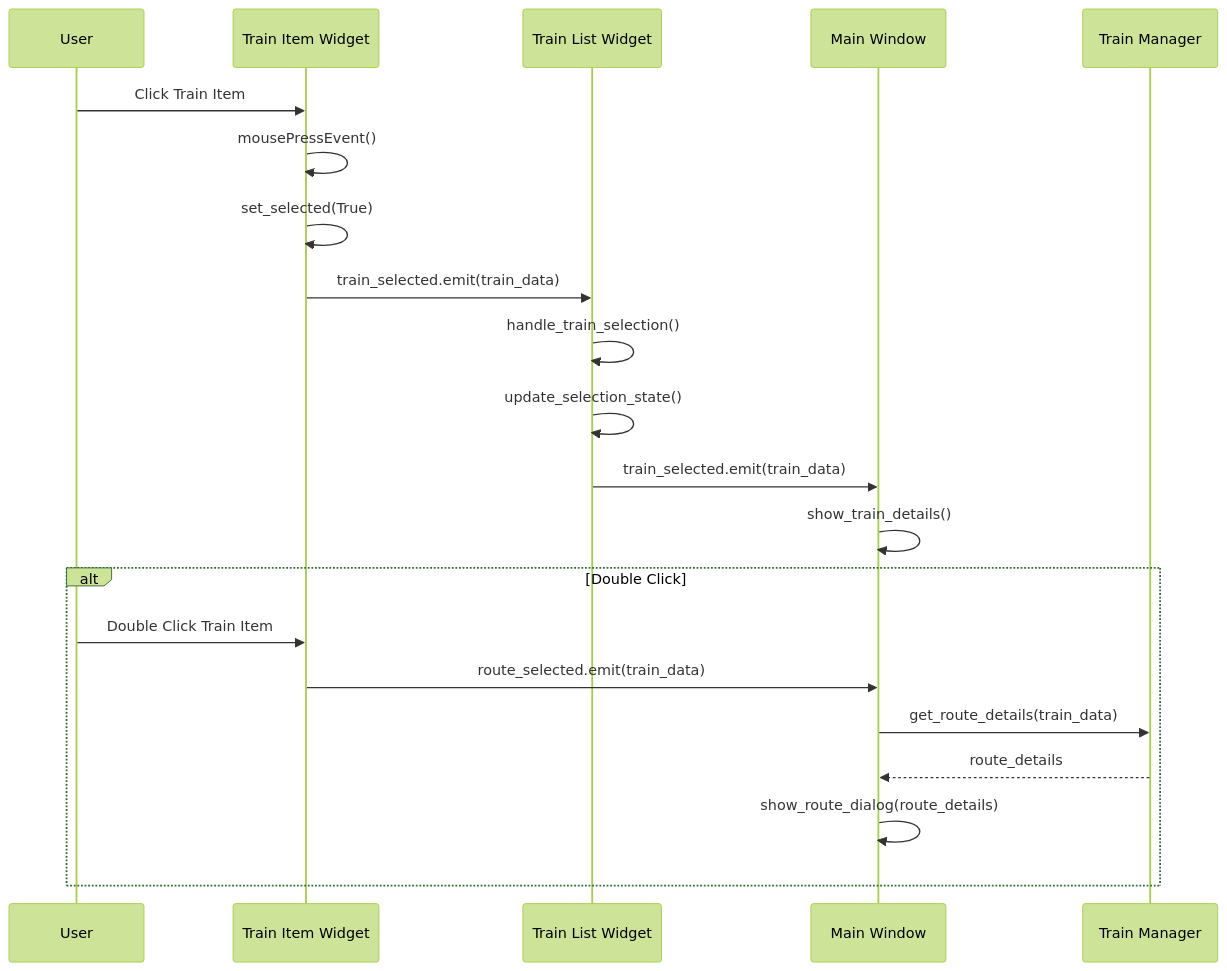
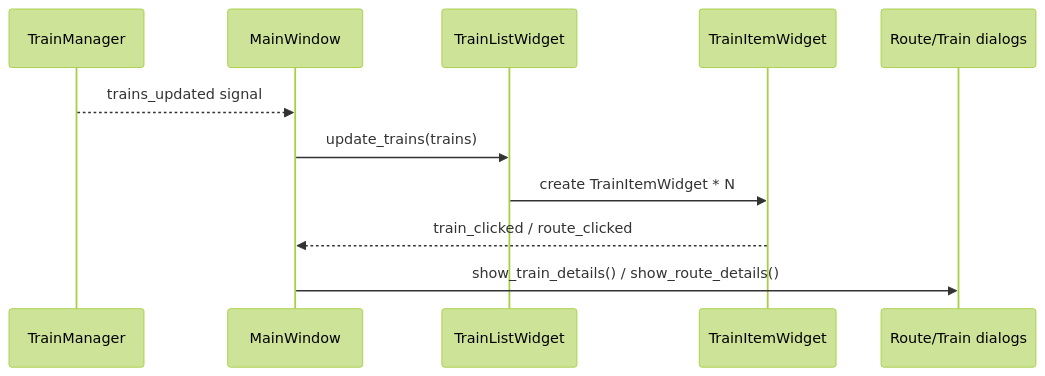
The diagram in docs/widget-system.md (oernster/Trainer), drawn with Mermaid (forest theme) before and after one commit. The commit also changed other lines of this file and 13 other files, not shown here.

````diff
--- a/docs/widget-system.md
+++ b/docs/widget-system.md
@@ -339,27 +83,15 @@
 ```mermaid
 sequenceDiagram
-    participant U as User
-    participant TIW as Train Item Widget
-    participant TLW as Train List Widget
-    participant MW as Main Window
-    participant TM as Train Manager
-    
-    U->>TIW: Click Train Item
-    TIW->>TIW: mousePressEvent()
-    TIW->>TIW: set_selected(True)
-    TIW->>TLW: train_selected.emit(train_data)
-    
-    TLW->>TLW: handle_train_selection()
-    TLW->>TLW: update_selection_state()
-    TLW->>MW: train_selected.emit(train_data)
-    
-    MW->>MW: show_train_details()
-    
-    alt Double Click
-        U->>TIW: Double Click Train Item
-        TIW->>MW: route_selected.emit(train_data)
-        MW->>TM: get_route_details(train_data)
-        TM-->>MW: route_details
-        MW->>MW: show_route_dialog(route_details)
-    end
+    participant TM as TrainManager
+    participant MW as MainWindow
+    participant TLW as TrainListWidget
+    participant TIW as TrainItemWidget
+    participant D as Route/Train dialogs
+
+    TM-->>MW: trains_updated signal
+    MW->>TLW: update_trains(trains)
+    TLW->>TIW: create TrainItemWidget * N
+
+    TIW-->>MW: train_clicked / route_clicked
+    MW->>D: show_train_details() / show_route_details()
 ```
````
